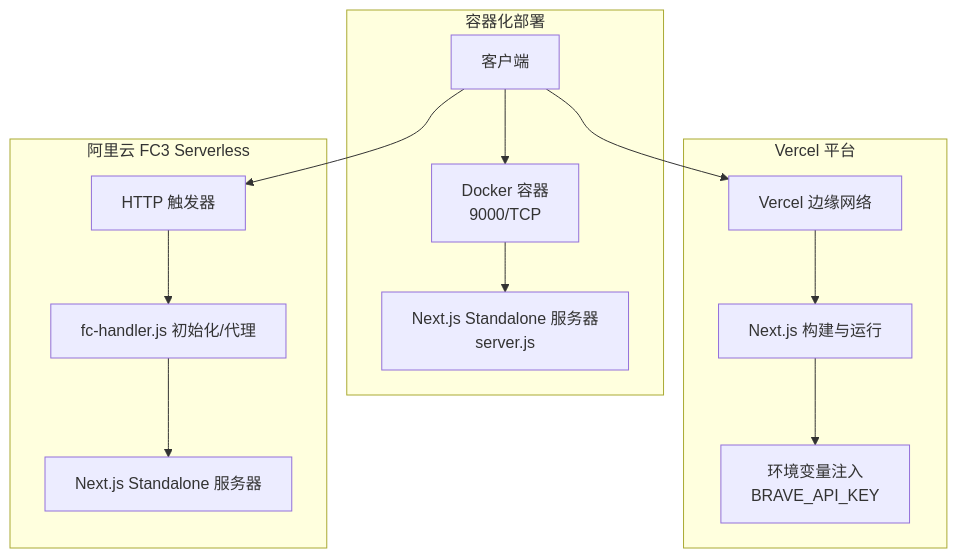
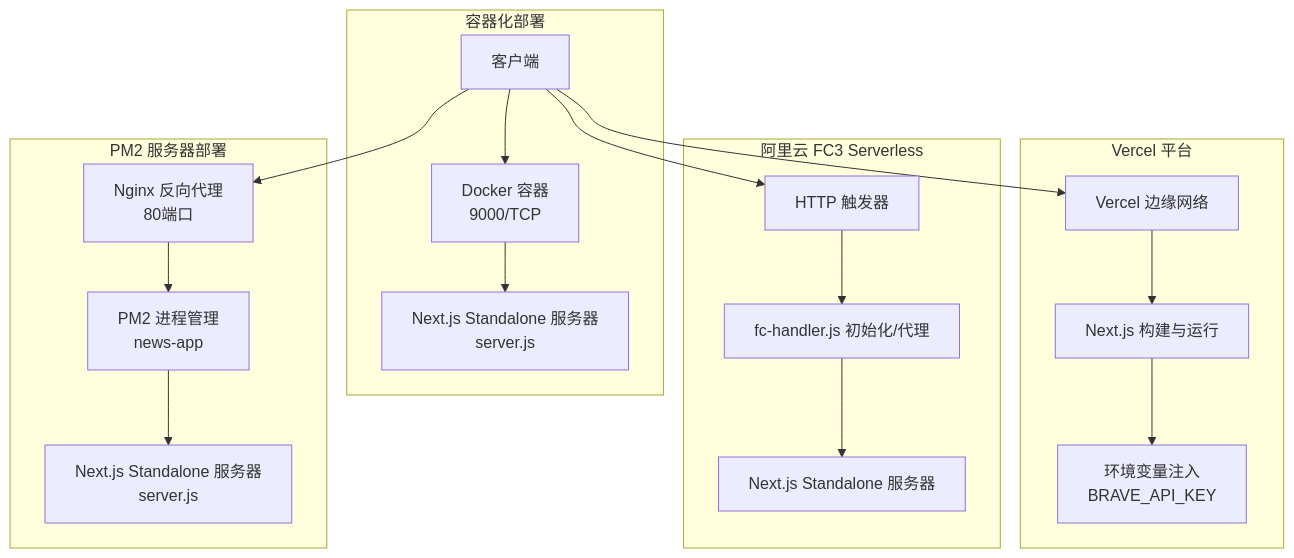
One commit to zuozuoliu740-cmd/xianxiong-news changed the second of 8 diagrams in .qoder/repowiki/zh/content/部署和运维/部署和运维.md. Above: the diagram before and after it, drawn with Mermaid. The commit also changed other lines of this file and 27 other files, not shown here.

Commit message:
feat: 新增AI实验室模块 - AI爆品替换工作台(视频替换/商品详情生成/图生视频/英文配音)、我的视频管理、首页入口卡片

````diff
--- a/.qoder/repowiki/zh/content/部署和运维/部署和运维.md
+++ b/.qoder/repowiki/zh/content/部署和运维/部署和运维.md
@@ -98,17 +121,22 @@
 ```mermaid
 graph TB
 subgraph "容器化部署"
 U["客户端"] --> D1["Docker 容器<br/>9000/TCP"]
 D1 --> S1["Next.js Standalone 服务器<br/>server.js"]
 end
 subgraph "Vercel 平台"
 U --> V1["Vercel 边缘网络"]
 V1 --> V2["Next.js 构建与运行"]
 V2 --> ENV["环境变量注入<br/>BRAVE_API_KEY"]
 end
 subgraph "阿里云 FC3 Serverless"
 U --> F1["HTTP 触发器"]
 F1 --> F2["fc-handler.js 初始化/代理"]
 F2 --> F3["Next.js Standalone 服务器"]
 end
+subgraph "PM2 服务器部署"
+U --> N1["Nginx 反向代理<br/>80端口"]
+N1 --> N2["PM2 进程管理<br/>news-app"]
+N2 --> N3["Next.js Standalone 服务器<br/>server.js"]
+end
 ```
````
